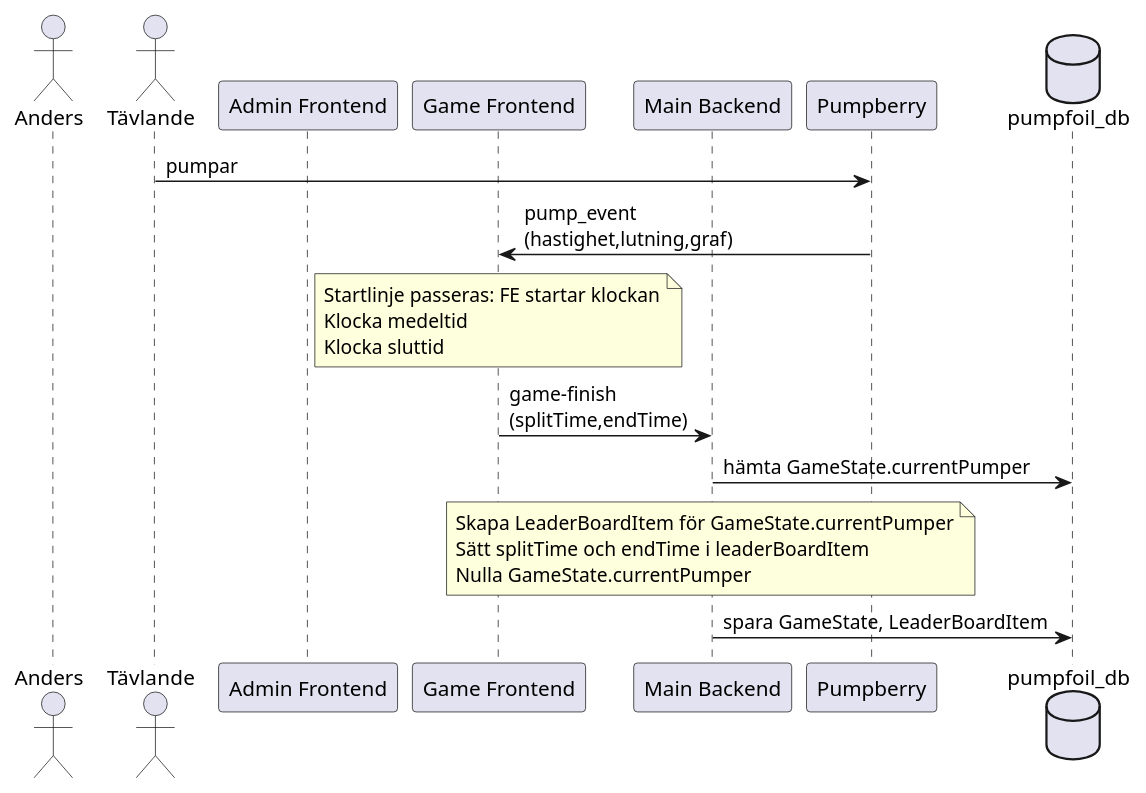
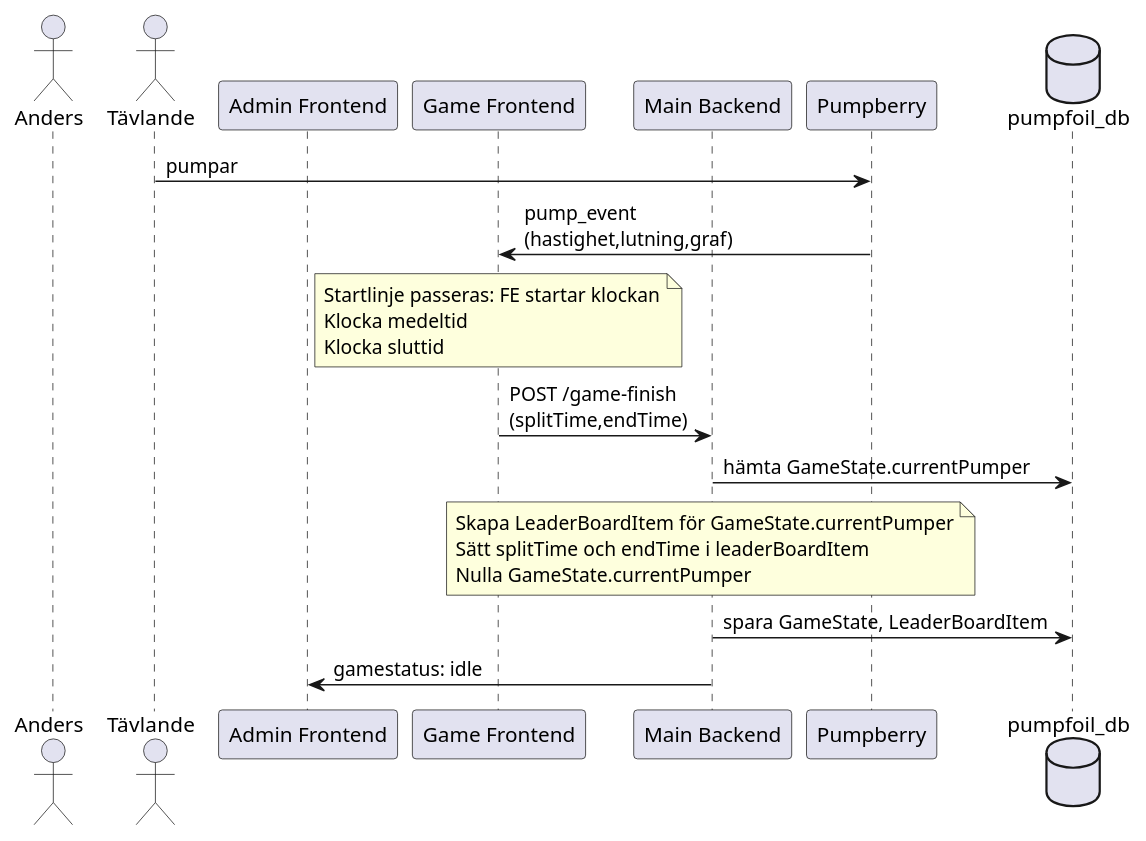
Before and after one commit to CAG-Contactor/pump-foil-game: the sixth of 8 diagrams in doc/SPEC.md, drawn with PlantUML. The commit also changed other lines of this file and 1 other file, not shown here.

````diff
--- a/doc/SPEC.md
+++ b/doc/SPEC.md
@@ -198,25 +206,26 @@
 ```plantuml
 actor Anders
 actor Tävlande
 participant "Admin Frontend" as adminfe
 participant "Game Frontend" as gamefe
 participant "Main Backend" as mainbe
 participant Pumpberry
 database pumpfoil_db
 
 Tävlande -> Pumpberry: pumpar
 Pumpberry -> gamefe: pump_event\n(hastighet,lutning,graf)
 note over gamefe
   Startlinje passeras: FE startar klockan
   Klocka medeltid
   Klocka sluttid
 endnote
-gamefe -> mainbe: game-finish\n(splitTime,endTime)
+gamefe -> mainbe: POST /game-finish\n(splitTime,endTime)
 mainbe -> pumpfoil_db: hämta GameState.currentPumper
 note over mainbe
   Skapa LeaderBoardItem för GameState.currentPumper
   Sätt splitTime och endTime i leaderBoardItem
   Nulla GameState.currentPumper
 endnote  
 mainbe -> pumpfoil_db: spara GameState, LeaderBoardItem
+adminfe <- mainbe: gamestatus: idle
 ```
````
